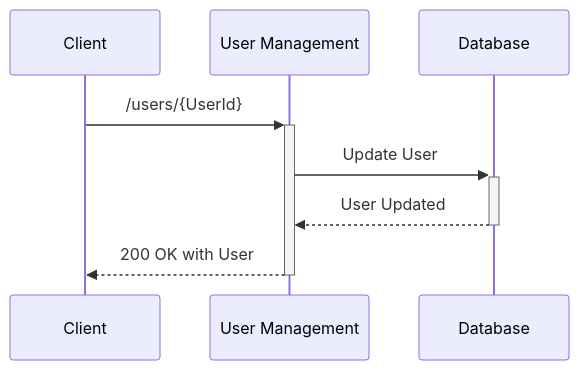
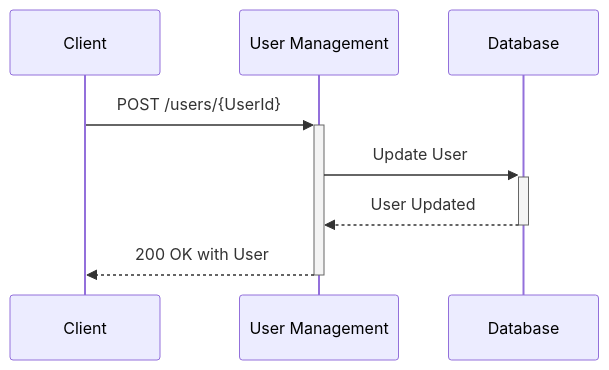
Before and after one commit to REW1L/munch-helper: the fourth of 4 diagrams in docs/descriptions/MunchHelper/Backend Services/User Management.md, drawn with Mermaid. The commit also changed other lines of this file and 12 other files, not shown here.

````diff
--- a/docs/descriptions/MunchHelper/Backend Services/User Management.md
+++ b/docs/descriptions/MunchHelper/Backend Services/User Management.md
@@ -74,11 +102,11 @@
 ```mermaid
 sequenceDiagram
     participant Client
     participant User Management
     participant Database
 
-    Client ->>+ User Management: /users/{UserId}
+    Client ->>+ User Management: POST /users/{UserId}
     User Management ->>+ Database: Update User
     Database -->>- User Management: User Updated
     User Management -->>- Client: 200 OK with User
 ```
````
